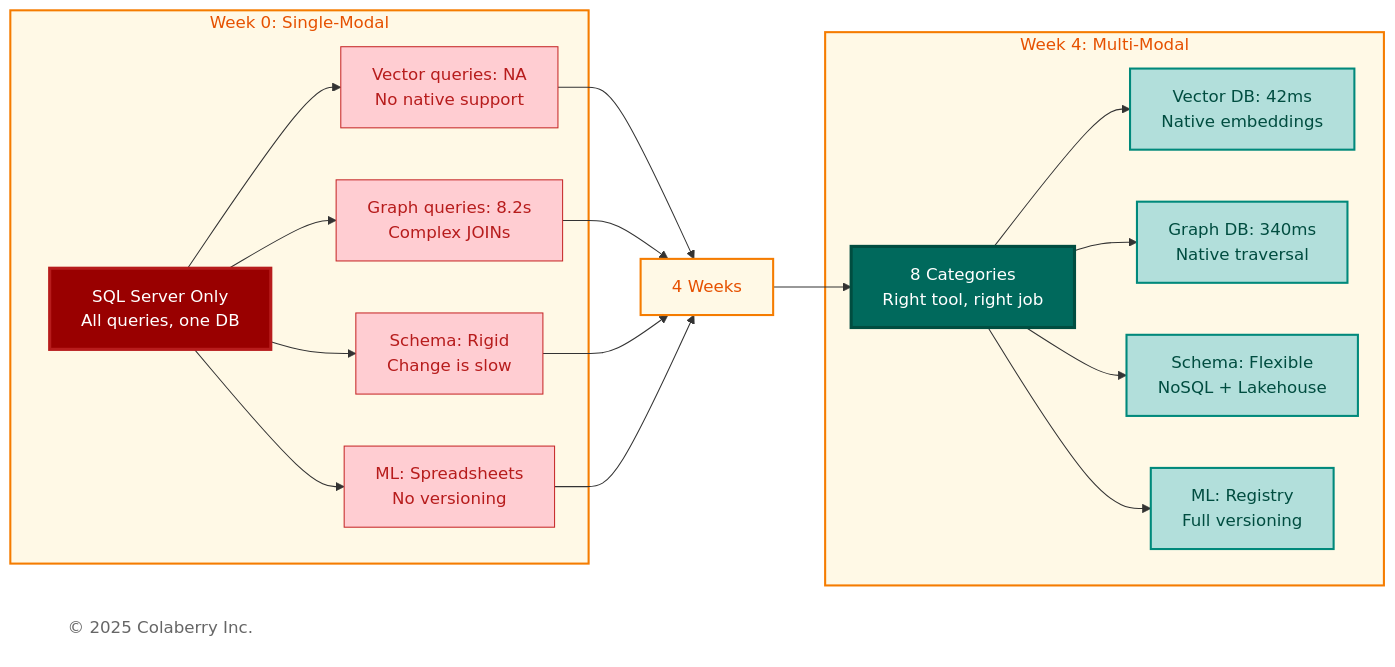
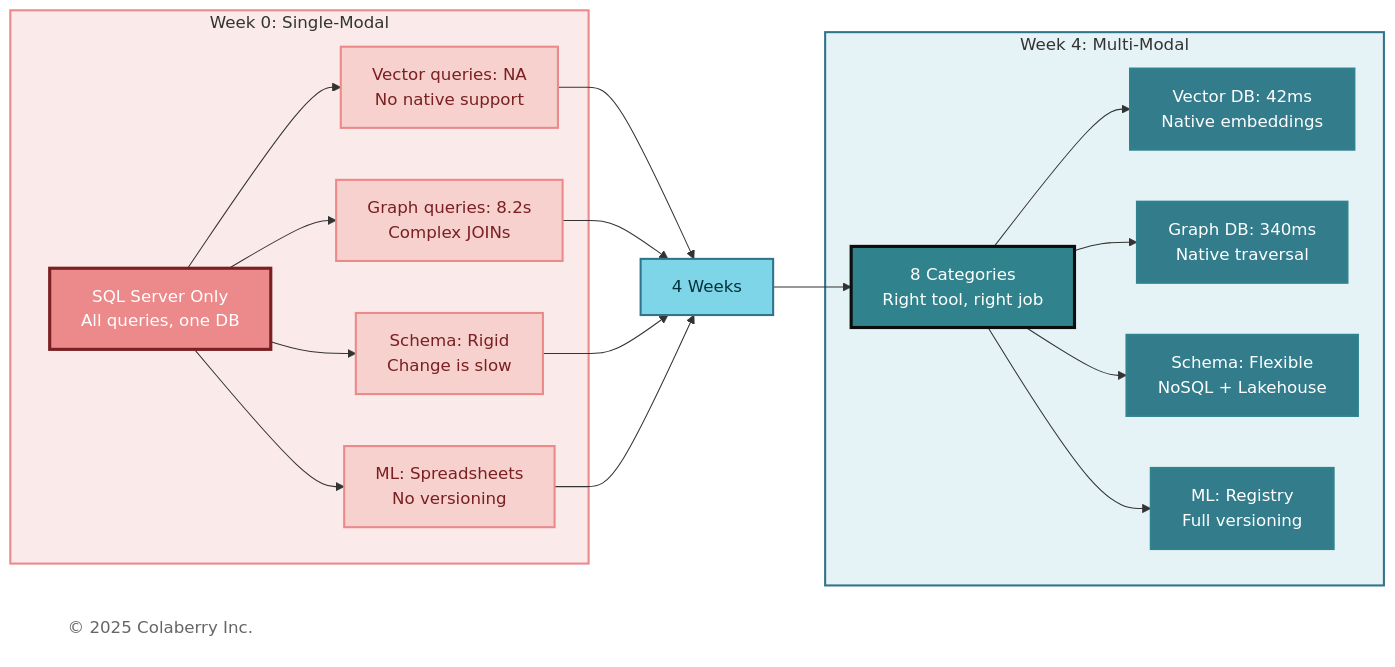
One commit to saitejesh-cyber/trust-before-intelligence-book changed the sixth of 11 diagrams in manuscript/05_chapter_4_foundation_layers.md. Above: the diagram before and after it, drawn with Mermaid. The commit also changed other lines of this file, not shown here.

Commit message:
Update mermaid diagrams as per new coloberry color and contrast ratio for chapter 5

````diff
--- a/manuscript/05_chapter_4_foundation_layers.md
+++ b/manuscript/05_chapter_4_foundation_layers.md
@@ -654,53 +658,53 @@
 ```mermaid
 
 graph LR
     subgraph BEFORE["Week 0: Single-Modal"]
         OLD["SQL Server Only<br/>All queries, one DB"]
         P1["Vector queries: NA<br/>No native support"]
         P2["Graph queries: 8.2s<br/>Complex JOINs"]
         P3["Schema: Rigid<br/>Change is slow"]
         P4["ML: Spreadsheets<br/>No versioning"]
     end
     
     TRANSFORM["4 Weeks"]
     
     subgraph AFTER["Week 4: Multi-Modal"]
         NEW["8 Categories<br/>Right tool, right job"]
         S1["Vector DB: 42ms<br/>Native embeddings"]
         S2["Graph DB: 340ms<br/>Native traversal"]
         S3["Schema: Flexible<br/>NoSQL + Lakehouse"]
         S4["ML: Registry<br/>Full versioning"]
     end
     
     Copyright["© 2025 Colaberry Inc."]
 
     OLD --> P1
     OLD --> P2
     OLD --> P3
     OLD --> P4
     P1 --> TRANSFORM
     P2 --> TRANSFORM
     P3 --> TRANSFORM
     P4 --> TRANSFORM
     TRANSFORM --> NEW
     NEW --> S1
     NEW --> S2
     NEW --> S3
     NEW --> S4
 
-    style BEFORE fill:#fff9e6,stroke:#f57c00,stroke-width:2px,color:#e65100
-    style OLD fill:#990000,color:#ffffff,stroke:#b71c1c,stroke-width:3px
-    style P1 fill:#ffcdd2,stroke:#c62828,stroke-width:1px,color:#b71c1c
-    style P2 fill:#ffcdd2,stroke:#c62828,stroke-width:1px,color:#b71c1c
-    style P3 fill:#ffcdd2,stroke:#c62828,stroke-width:1px,color:#b71c1c
-    style P4 fill:#ffcdd2,stroke:#c62828,stroke-width:1px,color:#b71c1c
-    style TRANSFORM fill:#fff9e6,stroke:#f57c00,stroke-width:2px,color:#e65100
-    style AFTER fill:#fff9e6,stroke:#f57c00,stroke-width:2px,color:#e65100
-    style NEW fill:#00695c,color:#ffffff,stroke:#004d40,stroke-width:3px
-    style S1 fill:#b2dfdb,stroke:#00897b,stroke-width:2px,color:#004d40
-    style S2 fill:#b2dfdb,stroke:#00897b,stroke-width:2px,color:#004d40
-    style S3 fill:#b2dfdb,stroke:#00897b,stroke-width:2px,color:#004d40
-    style S4 fill:#b2dfdb,stroke:#00897b,stroke-width:2px,color:#004d40
+    style BEFORE fill:#FBEAEA,stroke:#EB898B,stroke-width:2px
+    style OLD fill:#EB898B,color:#ffffff,stroke:#7A1F22,stroke-width:3px
+    style P1 fill:#F6D1CE,stroke:#EB898B,stroke-width:2px,color:#7A1F22
+    style P2 fill:#F6D1CE,stroke:#EB898B,stroke-width:2px,color:#7A1F22
+    style P3 fill:#F6D1CE,stroke:#EB898B,stroke-width:2px,color:#7A1F22
+    style P4 fill:#F6D1CE,stroke:#EB898B,stroke-width:2px,color:#7A1F22
+    style TRANSFORM fill:#7FD5E8,stroke:#32738C,stroke-width:2px,color:#00323D
+    style AFTER fill:#E6F3F6,stroke:#32738C,stroke-width:2px
+    style NEW fill:#30838C,color:#ffffff,stroke:#0D0D0D,stroke-width:3px
+    style S1 fill:#327C8C,stroke:#30838C,stroke-width:2px,color:#ffffff
+    style S2 fill:#327C8C,stroke:#30838C,stroke-width:2px,color:#ffffff
+    style S3 fill:#327C8C,stroke:#30838C,stroke-width:2px,color:#ffffff
+    style S4 fill:#327C8C,stroke:#30838C,stroke-width:2px,color:#ffffff
     style Copyright fill:#ffffff,stroke:none,color:#666666
 
 ```
````
